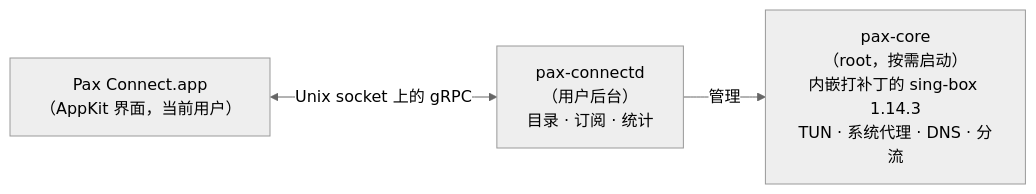
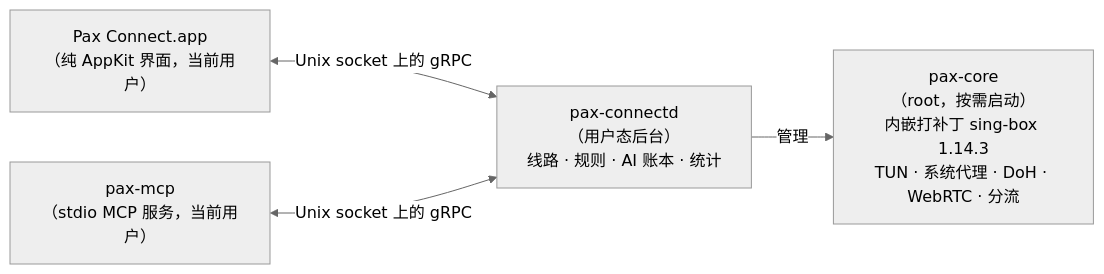
One commit to Moore-developers/pax-connect-app changed the diagram in README.zh-CN.md. Above: the diagram before and after it, drawn with Mermaid (neutral theme). The commit also changed other lines of this file and 22 other files, not shown here.

````diff
--- a/README.zh-CN.md
+++ b/README.zh-CN.md
@@ -113,8 +162,10 @@
 ```mermaid
 flowchart LR
-    App["Pax Connect.app<br/>（AppKit 界面，当前用户）"]
-    D["pax-connectd<br/>（用户后台）<br/>目录 · 订阅 · 统计"]
-    C["pax-core<br/>（root，按需启动）<br/>内嵌打补丁的 sing-box 1.14.3<br/>TUN · 系统代理 · DNS · 分流"]
+    App["Pax Connect.app<br/>（纯 AppKit 界面，当前用户）"]
+    MCP["pax-mcp<br/>（stdio MCP 服务，当前用户）"]
+    D["pax-connectd<br/>（用户态后台）<br/>线路 · 规则 · AI 账本 · 统计"]
+    C["pax-core<br/>（root，按需启动）<br/>内嵌打补丁 sing-box 1.14.3<br/>TUN · 系统代理 · DoH · WebRTC · 分流"]
     App <-- "Unix socket 上的 gRPC" --> D
+    MCP <-- "Unix socket 上的 gRPC" --> D
     D -- "管理" --> C
 ```
````
